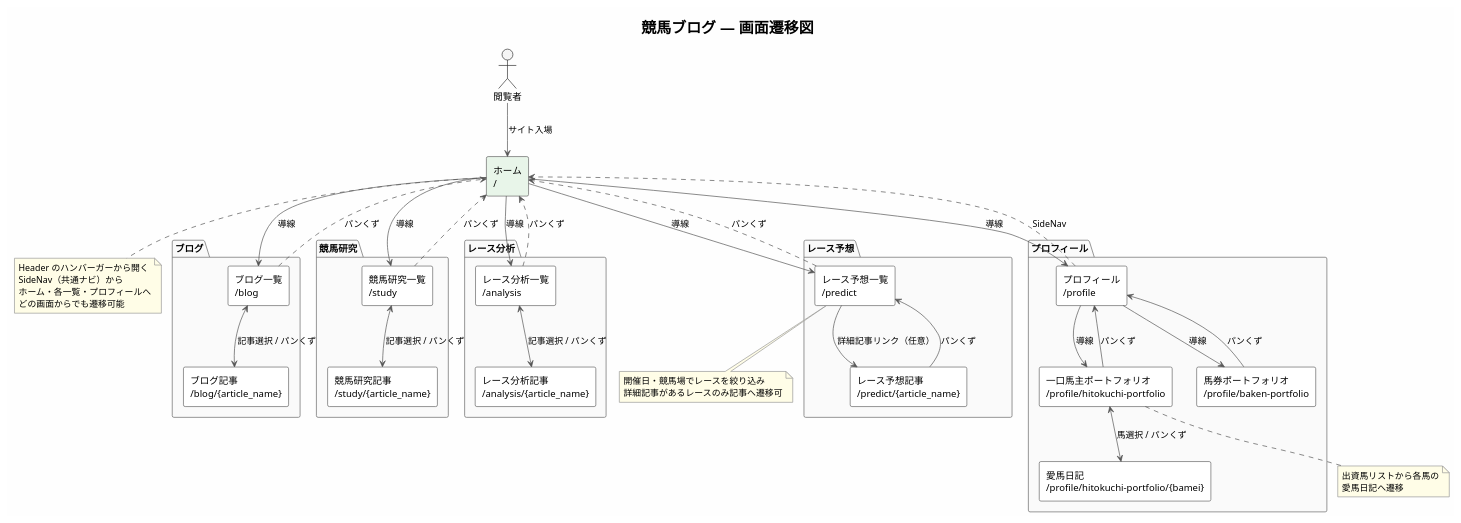
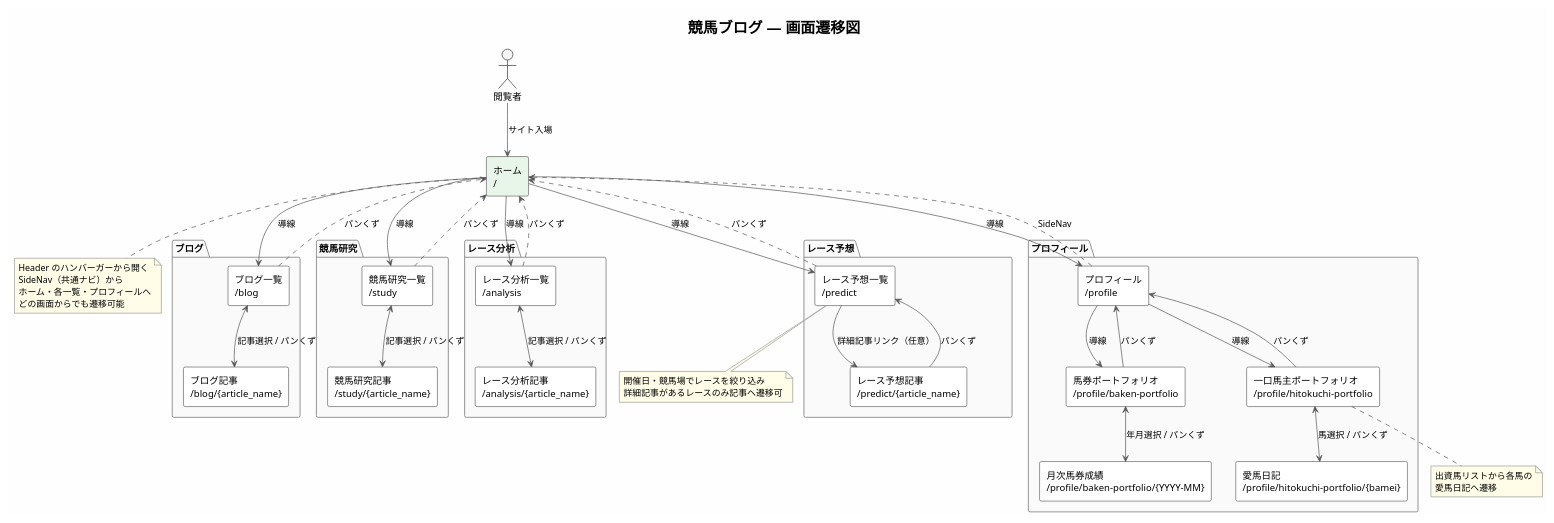
Before and after one commit to betashort/KEIBA_BLOG: the diagram in doc/03_design/screen_design.md, drawn with PlantUML. The commit also changed other lines of this file and 46 other files, not shown here.

```diff
--- a/doc/03_design/screen_design.md
+++ b/doc/03_design/screen_design.md
@@ -109,6 +111,7 @@
   rectangle "一口馬主ポートフォリオ\n/profile/hitokuchi-portfolio" as HitokuchiPortfolio
   rectangle "愛馬日記\n/profile/hitokuchi-portfolio/{bamei}" as AibaDiary
   rectangle "馬券ポートフォリオ\n/profile/baken-portfolio" as BakenPortfolio
+  rectangle "月次馬券成績\n/profile/baken-portfolio/{YYYY-MM}" as BakenMonthly
 }
 
 Visitor --> Home : サイト入場
@@ -130,6 +133,7 @@
 HitokuchiPortfolio <--> AibaDiary : 馬選択 / パンくず
 HitokuchiPortfolio --> Profile : パンくず
 BakenPortfolio --> Profile : パンくず
+BakenPortfolio <--> BakenMonthly : 年月選択 / パンくず
 
 BlogList ..> Home : パンくず
 StudyList ..> Home : パンくず
```
